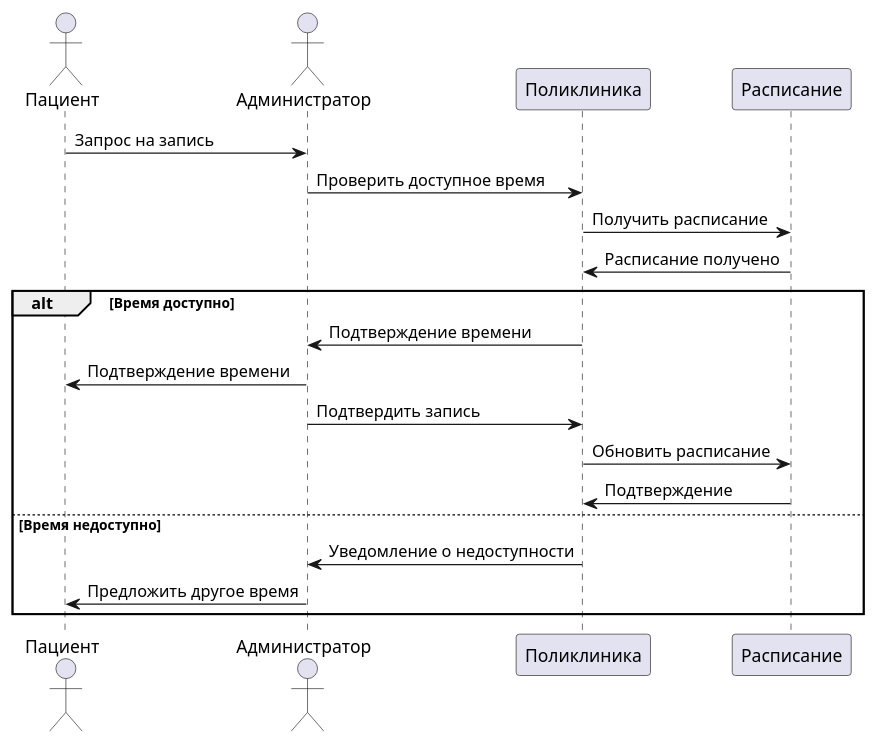
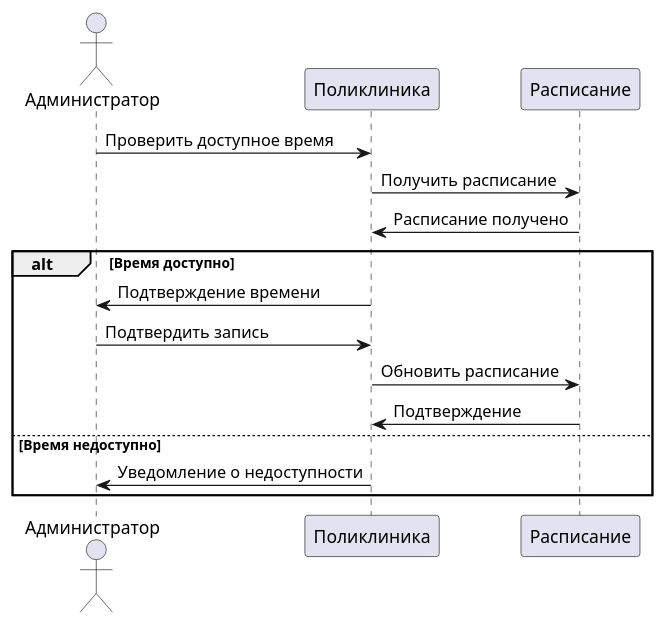
One commit to penamarth/bsbo-13-22_team2_var3 changed the diagram in Диаграммы последовательности/Запись_на_прием.md. Above: the diagram before and after it, drawn with PlantUML.

Commit message:
Обновляю

````diff
--- a/Диаграммы последовательности/Запись_на_прием.md
+++ b/Диаграммы последовательности/Запись_на_прием.md
@@ -1,23 +1,19 @@
 ```plantuml
 @startuml
-actor Пациент as P
 actor Администратор as A
 participant "Поликлиника" as S
 participant "Расписание" as DB
 
-P -> A: Запрос на запись
 A -> S: Проверить доступное время
 S -> DB: Получить расписание
 DB -> S: Расписание получено
 alt Время доступно
     S -> A: Подтверждение времени
-    A -> P: Подтверждение времени
     A -> S: Подтвердить запись
     S -> DB: Обновить расписание
     DB -> S: Подтверждение
 else Время недоступно
     S -> A: Уведомление о недоступности
-    A -> P: Предложить другое время
 end
 @enduml
 ```
````
